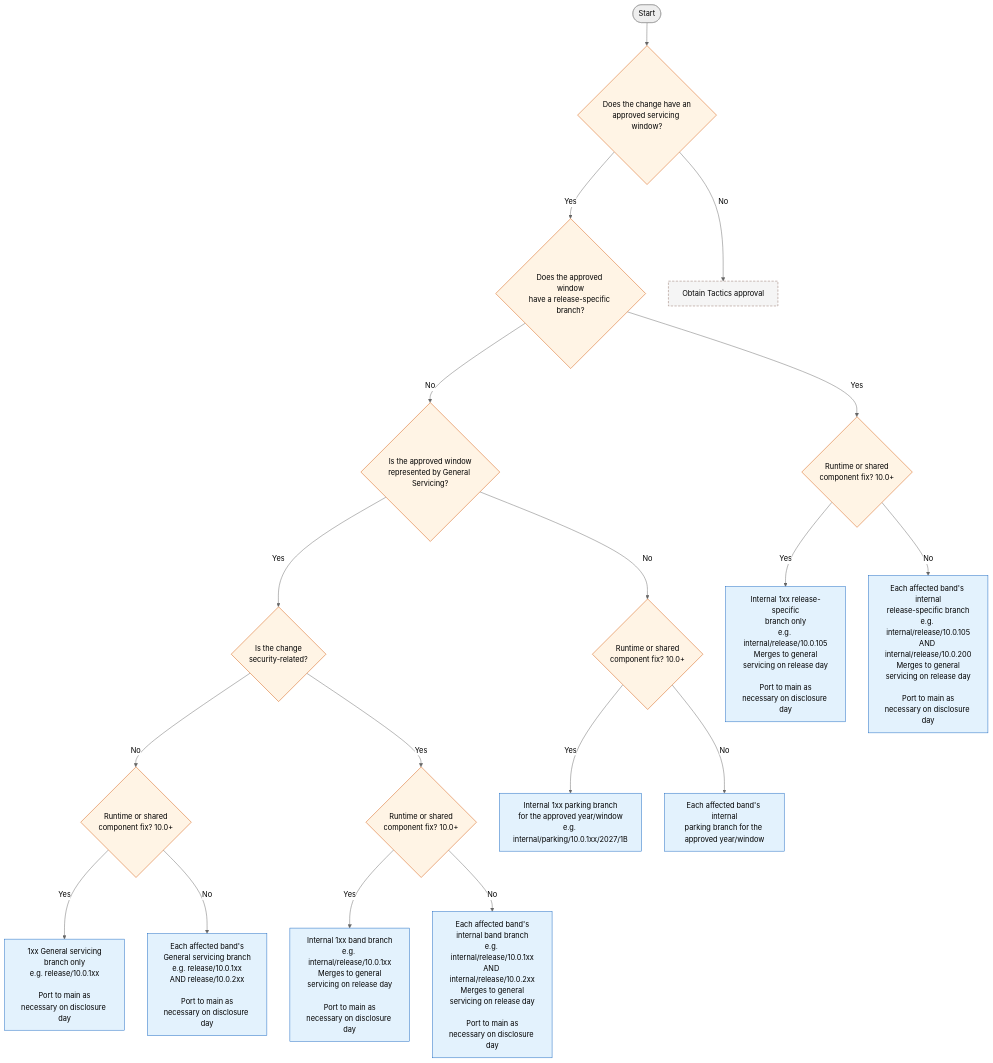
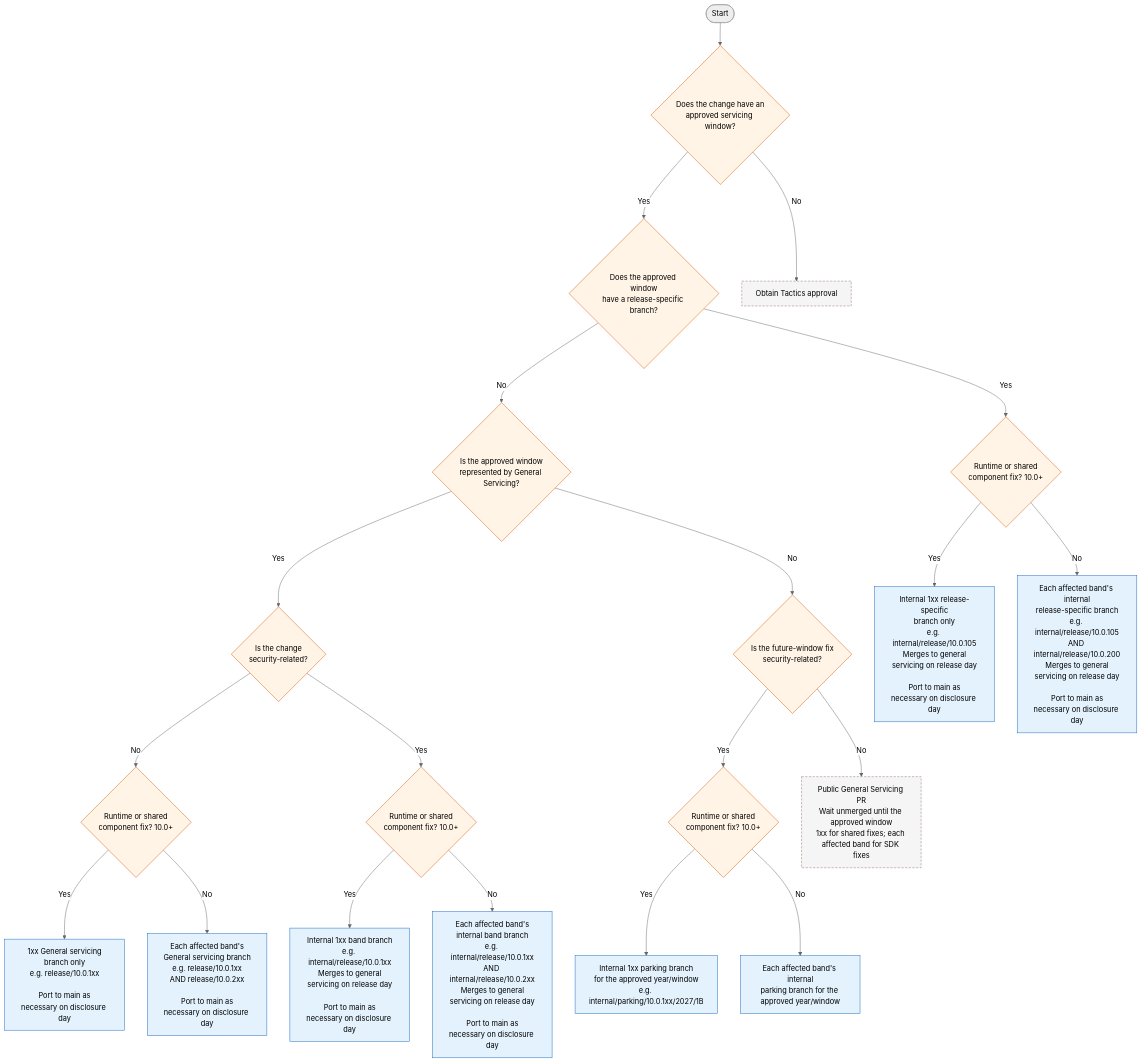
The third of 3 diagrams in docs/VMR-Change-Target-Guide.md (dotnet/dotnet), drawn with Mermaid (neutral theme) before and after one commit. The commit also changed other lines of this file and 1 other file, not shown here.

First line of the commit message:
Clarify security parking and public check-in destinations

````diff
--- a/docs/VMR-Change-Target-Guide.md
+++ b/docs/VMR-Change-Target-Guide.md
@@ -143,52 +144,56 @@
 ```mermaid
 flowchart TD
     classDef decision fill:#fff4e5,stroke:#d35400,stroke-width:1px;
     classDef action fill:#e3f2fd,stroke:#1565c0,stroke-width:1px;
     classDef wait fill:#f5f5f5,stroke:#8d6e63,stroke-dasharray:5 3;
 
     start([Start])
     approved{Does the change have an<br/>approved servicing window?}
     releaseCut{Does the approved window<br/>have a release-specific branch?}
     generalWindow{Is the approved window<br/>represented by General Servicing?}
+    futureSecurity{Is the future-window fix<br/>security-related?}
     parkingType{Runtime or shared<br/>component fix? 10.0+}
     security{Is the change<br/>security-related?}
     componentTypeNonSecNoCut{Runtime or shared<br/>component fix? 10.0+}
     componentTypeNonSecCut{Runtime or shared<br/>component fix? 10.0+}
     componentTypeSecNoCut{Runtime or shared<br/>component fix? 10.0+}
 
     generalServicing1xx["1xx General servicing<br/>branch only<br/>e.g. release/10.0.1xx<br/><br/>Port to main as<br/>necessary on disclosure day"]
     generalServicingAllBands["Each affected band's<br/>General servicing branch<br/>e.g. release/10.0.1xx<br/>AND release/10.0.2xx<br/><br/>Port to main as<br/>necessary on disclosure day"]
     internalSpecific1xx["Internal 1xx release-specific<br/>branch only<br/>e.g. internal/release/10.0.105<br/>Merges to general<br/>servicing on release day<br/><br/>Port to main as<br/>necessary on disclosure day"]
     internalSpecificAllBands["Each affected band's internal<br/>release-specific branch<br/>e.g. internal/release/10.0.105<br/>AND internal/release/10.0.200<br/>Merges to general<br/>servicing on release day<br/><br/>Port to main as<br/>necessary on disclosure day"]
     internalGeneral1xx["Internal 1xx band branch<br/>e.g. internal/release/10.0.1xx<br/>Merges to general<br/>servicing on release day<br/><br/>Port to main as<br/>necessary on disclosure day"]
     internalGeneralAllBands["Each affected band's<br/>internal band branch<br/>e.g. internal/release/10.0.1xx<br/>AND internal/release/10.0.2xx<br/>Merges to general<br/>servicing on release day<br/><br/>Port to main as<br/>necessary on disclosure day"]
     parking1xx["Internal 1xx parking branch<br/>for the approved year/window<br/>e.g. internal/parking/10.0.1xx/2027/1B"]
     parkingAllBands["Each affected band's internal<br/>parking branch for the approved year/window"]
     holdChange["Obtain Tactics approval"]
+    waitPublic["Public General Servicing PR<br/>Wait unmerged until the approved window<br/>1xx for shared fixes; each affected band for SDK fixes"]
 
     start --> approved
     approved -- "No" --> holdChange
     approved -- "Yes" --> releaseCut
     releaseCut -- "Yes" --> componentTypeNonSecCut
     releaseCut -- "No" --> generalWindow
     generalWindow -- "Yes" --> security
-    generalWindow -- "No" --> parkingType
+    generalWindow -- "No" --> futureSecurity
+    futureSecurity -- "Yes" --> parkingType
+    futureSecurity -- "No" --> waitPublic
     parkingType -- "Yes" --> parking1xx
     parkingType -- "No" --> parkingAllBands
 
     security -- "No" --> componentTypeNonSecNoCut
     security -- "Yes" --> componentTypeSecNoCut
 
     componentTypeNonSecNoCut -- "Yes" --> generalServicing1xx
     componentTypeNonSecNoCut -- "No" --> generalServicingAllBands
 
     componentTypeNonSecCut -- "Yes" --> internalSpecific1xx
     componentTypeNonSecCut -- "No" --> internalSpecificAllBands
 
     componentTypeSecNoCut -- "Yes" --> internalGeneral1xx
     componentTypeSecNoCut -- "No" --> internalGeneralAllBands
 
-    class approved,releaseCut,generalWindow,parkingType,security,componentTypeNonSecNoCut,componentTypeNonSecCut,componentTypeSecNoCut decision;
+    class approved,releaseCut,generalWindow,futureSecurity,parkingType,security,componentTypeNonSecNoCut,componentTypeNonSecCut,componentTypeSecNoCut decision;
     class generalServicing1xx,generalServicingAllBands,internalSpecific1xx,internalSpecificAllBands,internalGeneral1xx,internalGeneralAllBands,parking1xx,parkingAllBands action;
-    class holdChange wait;
+    class holdChange,waitPublic wait;
 ```
````
